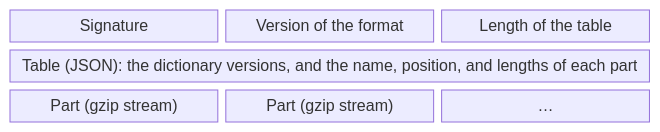
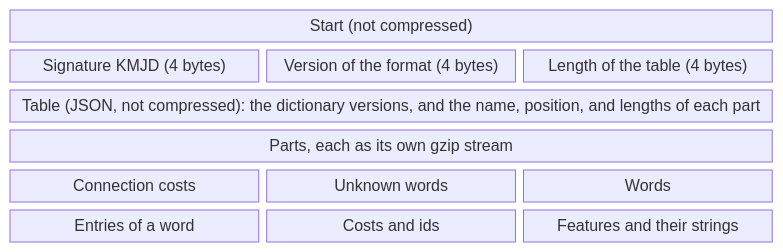
Before and after one commit to azu/kuromojin: the first of 4 diagrams in docs/products/kuromojin/features/dictionary/design.md, drawn with Mermaid. The commit also changed other lines of this file and 1 other file, not shown here.

Commit message:
docs: show the whole file of the dictionary in the diagram
Claude-Session: https://claude.ai/code/session_01TSdrAH6Tzz3ZGQ3oqCpGZ5

````diff
--- a/docs/products/kuromojin/features/dictionary/design.md
+++ b/docs/products/kuromojin/features/dictionary/design.md
@@ -78,7 +78,10 @@
 ```mermaid
 block-beta
     columns 3
-    s["Signature"] v["Version of the format"] l["Length of the table"]
-    t["Table (JSON): the dictionary versions, and the name, position, and lengths of each part"]:3
-    p1["Part (gzip stream)"] p2["Part (gzip stream)"] p3["…"]
+    h["Start (not compressed)"]:3
+    s["Signature KMJD (4 bytes)"] v["Version of the format (4 bytes)"] l["Length of the table (4 bytes)"]
+    t["Table (JSON, not compressed): the dictionary versions, and the name, position, and lengths of each part"]:3
+    ph["Parts, each as its own gzip stream"]:3
+    p1["Connection costs"] p2["Unknown words"] p3["Words"]
+    p4["Entries of a word"] p5["Costs and ids"] p6["Features and their strings"]
 ```
````
